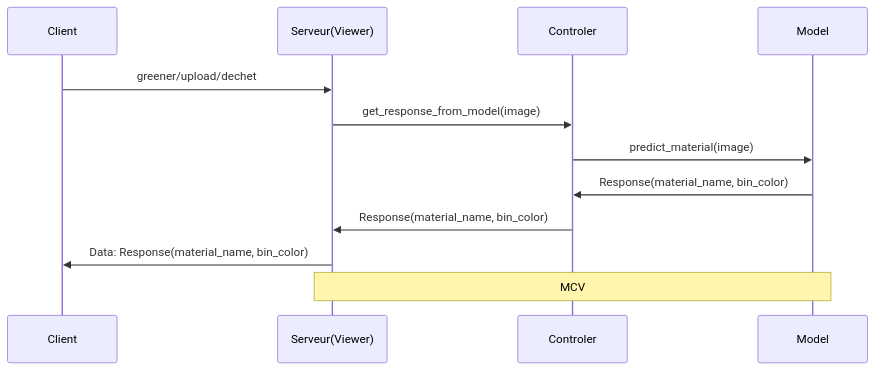
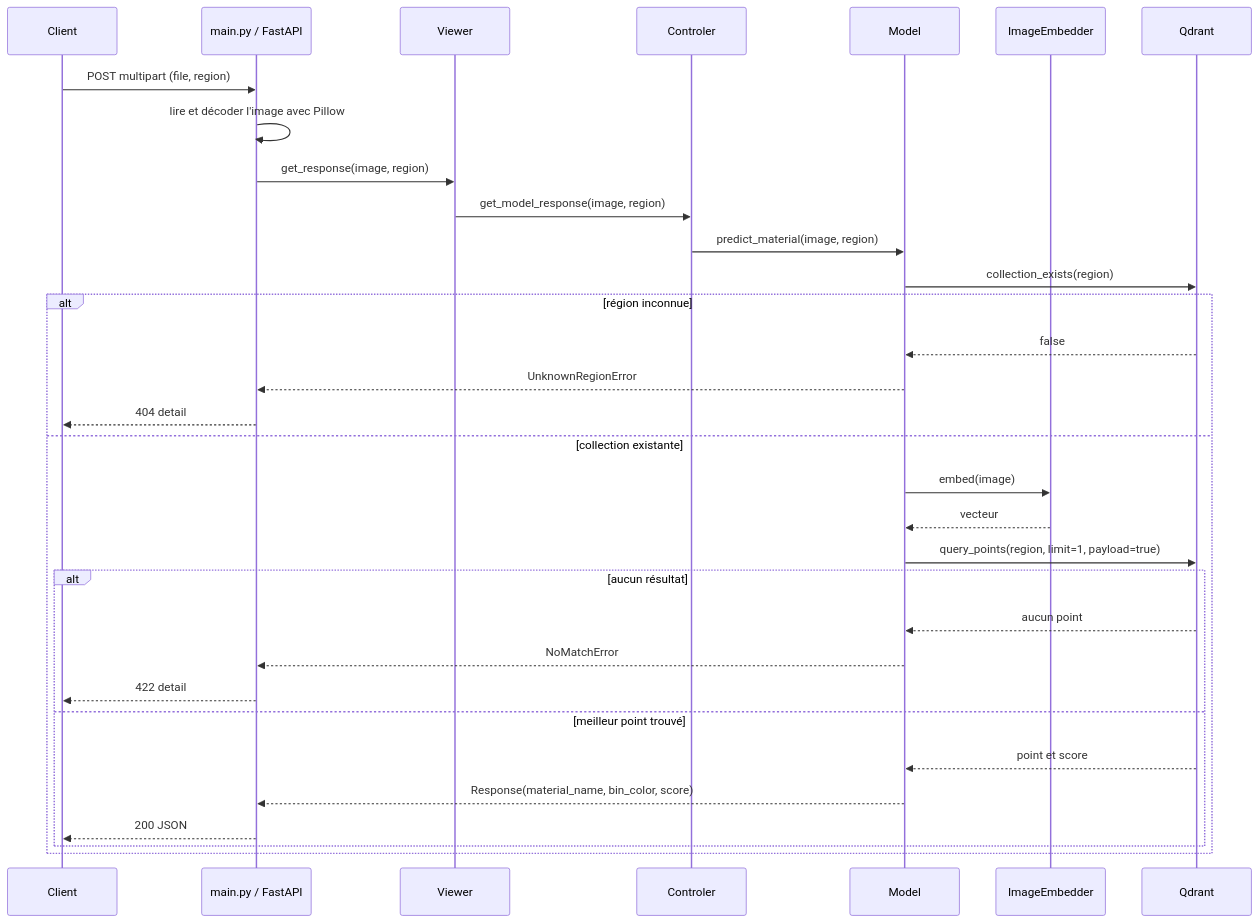
Before and after one commit to LuckyShuii/GreenHub-AI-: the second of 3 diagrams in README.md, drawn with Mermaid. The commit also changed other lines of this file, not shown here.

````diff
--- a/README.md
+++ b/README.md
@@ -111,10 +212,35 @@
 ```mermaid
 sequenceDiagram
-    Client->>Serveur(Viewer): greener/upload/dechet
-    Serveur(Viewer)->>Controler: get_response_from_model(image)
-    Controler->>Model: predict_material(image)
-    Model->>Controler: Response(material_name, bin_color)
-    Controler->>Serveur(Viewer): Response(material_name, bin_color)
-    Serveur(Viewer)->>Client: Data: Response(material_name, bin_color)
-    Note over Model, Serveur(Viewer): MCV
+    participant Client
+    participant API as main.py / FastAPI
+    participant Viewer
+    participant Controller as Controler
+    participant Model
+    participant Embedder as ImageEmbedder
+    participant Qdrant
+
+    Client->>API: POST multipart (file, region)
+    API->>API: lire et décoder l'image avec Pillow
+    API->>Viewer: get_response(image, region)
+    Viewer->>Controller: get_model_response(image, region)
+    Controller->>Model: predict_material(image, region)
+    Model->>Qdrant: collection_exists(region)
+    alt région inconnue
+        Qdrant-->>Model: false
+        Model-->>API: UnknownRegionError
+        API-->>Client: 404 detail
+    else collection existante
+        Model->>Embedder: embed(image)
+        Embedder-->>Model: vecteur
+        Model->>Qdrant: query_points(region, limit=1, payload=true)
+        alt aucun résultat
+            Qdrant-->>Model: aucun point
+            Model-->>API: NoMatchError
+            API-->>Client: 422 detail
+        else meilleur point trouvé
+            Qdrant-->>Model: point et score
+            Model-->>API: Response(material_name, bin_color, score)
+            API-->>Client: 200 JSON
+        end
+    end
 ```
````
